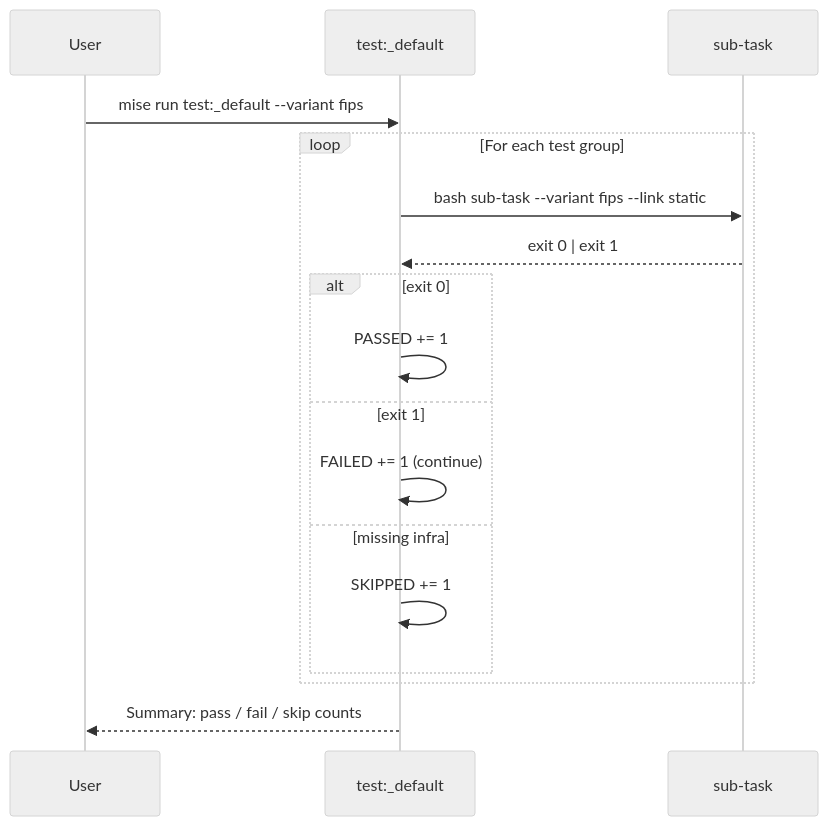
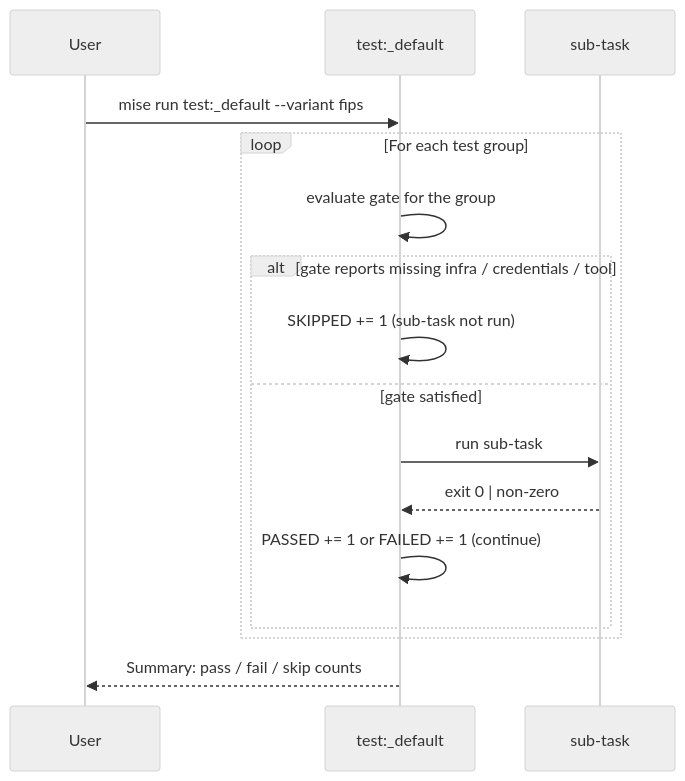
Before and after one commit to Cosmian/kms: the second of 60 diagrams in .mise/tasks/test/README.md, drawn with Mermaid (neutral theme). The commit also changed other lines of this file and 31 other files, not shown here.

````diff
--- a/.mise/tasks/test/README.md
+++ b/.mise/tasks/test/README.md
@@ -72,20 +74,19 @@
 ```mermaid
 sequenceDiagram
     participant User as User
     participant Def as test:_default
     participant Sub as sub-task
 
     User->>Def: mise run test:_default --variant fips
     loop For each test group
-        Def->>Sub: bash sub-task --variant fips --link static
-        Sub-->>Def: exit 0 | exit 1
-        alt exit 0
-            Def->>Def: PASSED += 1
-        else exit 1
-            Def->>Def: FAILED += 1 (continue)
-        else missing infra
-            Def->>Def: SKIPPED += 1
+        Def->>Def: evaluate gate for the group
+        alt gate reports missing infra / credentials / tool
+            Def->>Def: SKIPPED += 1 (sub-task not run)
+        else gate satisfied
+            Def->>Sub: run sub-task
+            Sub-->>Def: exit 0 | non-zero
+            Def->>Def: PASSED += 1 or FAILED += 1 (continue)
         end
     end
     Def-->>User: Summary: pass / fail / skip counts
 ```
````
